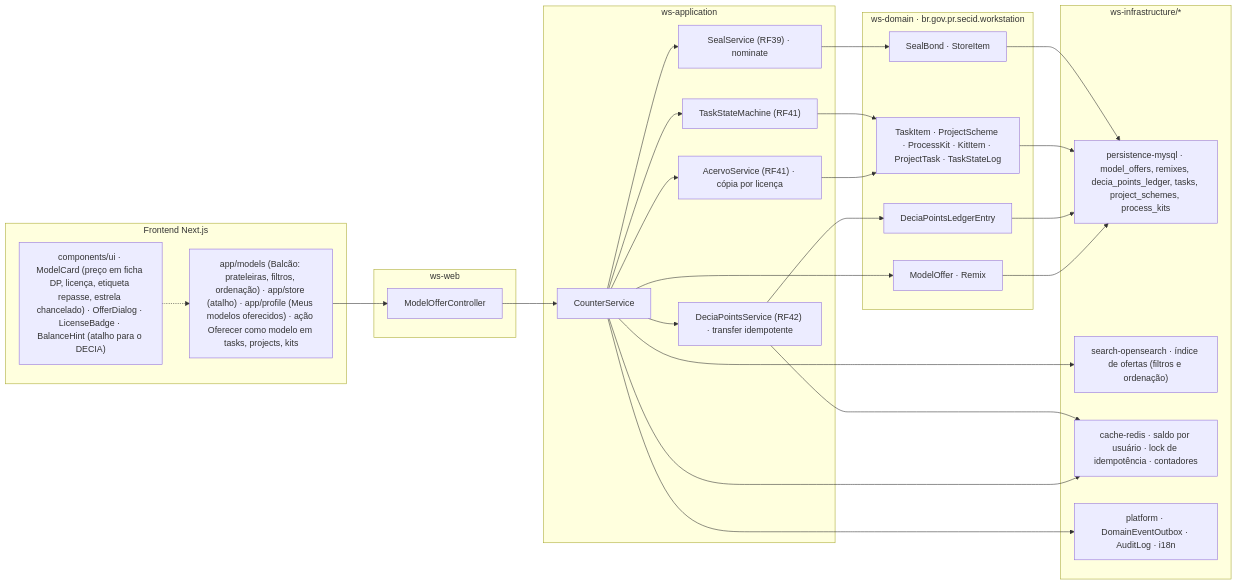
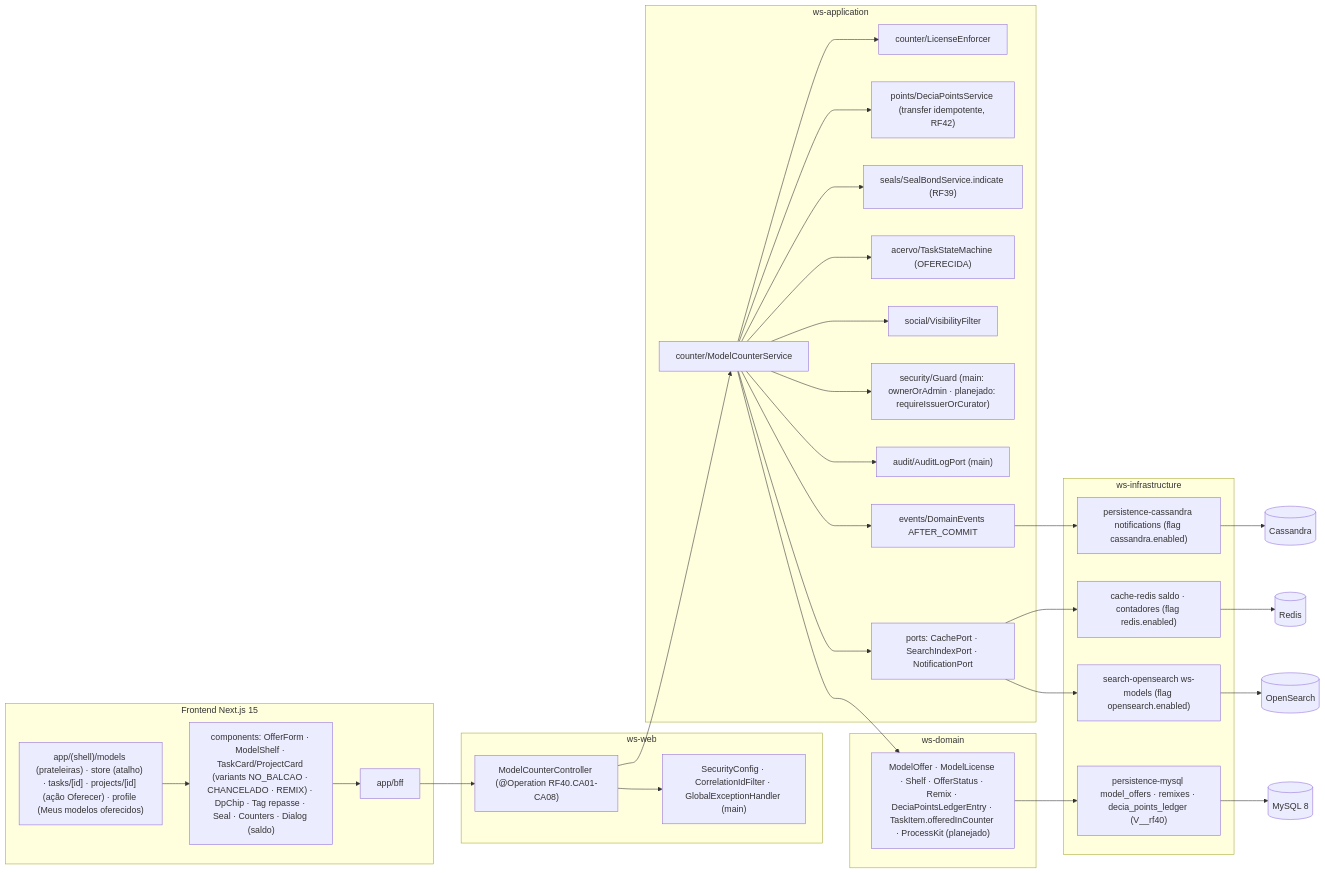
Before and after one commit to MatheusHaliski/Decia-app-2026: the fifth of 5 diagrams in docs/diagramas/RF40/README.md, drawn with Mermaid. The commit also changed other lines of this file and 2 other files, not shown here.

First line of the commit message:
docs(diagramas): reescreve RF39–RF41 (chancelas e benefícios, Balcão de Modelos, Acervo de Tarefas)

````diff
--- a/docs/diagramas/RF40/README.md
+++ b/docs/diagramas/RF40/README.md
@@ -486,54 +429,49 @@
 ```mermaid
 flowchart LR
-  subgraph FE["Frontend Next.js"]
-    FE1["app/models (Balcão: prateleiras, filtros, ordenação) · app/store (atalho) · app/profile (Meus modelos oferecidos) · ação Oferecer como modelo em tasks, projects, kits"]
-    FE2["components/ui · ModelCard (preço em ficha DP, licença, etiqueta repasse, estrela chancelado) · OfferDialog · LicenseBadge · BalanceHint (atalho para o DECIA)"]
+  subgraph FRONT["Frontend Next.js 15"]
+    R1["app/(shell)/models (prateleiras) · store (atalho) · tasks/[id] · projects/[id] (ação Oferecer) · profile (Meus modelos oferecidos)"]
+    R2["components: OfferForm · ModelShelf · TaskCard/ProjectCard (variants NO_BALCAO · CHANCELADO · REMIX) · DpChip · Tag repasse · Seal · Counters · Dialog (saldo)"]
+    BFF["app/bff"]
+    R1 --> R2 --> BFF
   end
-
   subgraph WEB["ws-web"]
-    C1["ModelOfferController"]
+    MC["ModelCounterController (@Operation RF40.CA01-CA08)"]
+    SEC["SecurityConfig · CorrelationIdFilter · GlobalExceptionHandler (main)"]
   end
-
-  subgraph APP["ws-application"]
-    S1["CounterService"]
-    S2["DeciaPointsService (RF42) · transfer idempotente"]
-    S3["AcervoService (RF41) · cópia por licença"]
-    S4["TaskStateMachine (RF41)"]
-    S5["SealService (RF39) · nominate"]
+  subgraph APPL["ws-application"]
+    MS["counter/ModelCounterService"]
+    LE["counter/LicenseEnforcer"]
+    DPS["points/DeciaPointsService (transfer idempotente, RF42)"]
+    SBS["seals/SealBondService.indicate (RF39)"]
+    TSM["acervo/TaskStateMachine (OFERECIDA)"]
+    VF["social/VisibilityFilter"]
+    GD["security/Guard (main: ownerOrAdmin · planejado: requireIssuerOrCurator)"]
+    AUD["audit/AuditLogPort (main)"]
+    DE["events/DomainEvents AFTER_COMMIT"]
+    PORTS["ports: CachePort · SearchIndexPort · NotificationPort"]
   end
-
-  subgraph DOM["ws-domain · br.gov.pr.secid.workstation"]
-    D1["ModelOffer · Remix"]
-    D2["DeciaPointsLedgerEntry"]
-    D3["TaskItem · ProjectScheme · ProcessKit · KitItem · ProjectTask · TaskStateLog"]
-    D4["SealBond · StoreItem"]
+  subgraph DOM["ws-domain"]
+    ENT["ModelOffer · ModelLicense · Shelf · OfferStatus · Remix · DeciaPointsLedgerEntry · TaskItem.offeredInCounter · ProcessKit (planejado)"]
   end
-
-  subgraph INFRA["ws-infrastructure/*"]
-    I1["persistence-mysql · model_offers, remixes, decia_points_ledger, tasks, project_schemes, process_kits"]
-    I2["search-opensearch · índice de ofertas (filtros e ordenação)"]
-    I3["cache-redis · saldo por usuário · lock de idempotência · contadores"]
-    I4["platform · DomainEventOutbox · AuditLog · i18n"]
+  subgraph INFRA["ws-infrastructure"]
+    MY["persistence-mysql model_offers · remixes · decia_points_ledger (V__rf40)"]
+    RD["cache-redis saldo · contadores (flag redis.enabled)"]
+    OSA["search-opensearch ws-models (flag opensearch.enabled)"]
+    CASA["persistence-cassandra notifications (flag cassandra.enabled)"]
   end
-
-  FE1 --> C1
-  FE2 -.-> FE1
-  C1 --> S1
-  S1 --> S2
-  S1 --> S3
-  S1 --> S4
-  S1 --> S5
-  S1 --> D1
-  S2 --> D2
-  S3 --> D3
-  S4 --> D3
-  S5 --> D4
-  D1 --> I1
-  D2 --> I1
-  D3 --> I1
-  D4 --> I1
-  S1 --> I2
-  S1 --> I3
-  S2 --> I3
-  S1 --> I4
+  BFF --> MC --> SEC
+  MC --> MS
+  MS --> LE
+  MS --> DPS
+  MS --> SBS
+  MS --> TSM
+  MS --> VF
+  MS --> GD
+  MS --> AUD
+  MS --> DE
+  MS --> PORTS
+  MS --> ENT --> MY --> MYSQL[("MySQL 8")]
+  PORTS --> RD --> REDIS[("Redis")]
+  PORTS --> OSA --> OPENS[("OpenSearch")]
+  DE --> CASA --> CASS[("Cassandra")]
 ```
````
